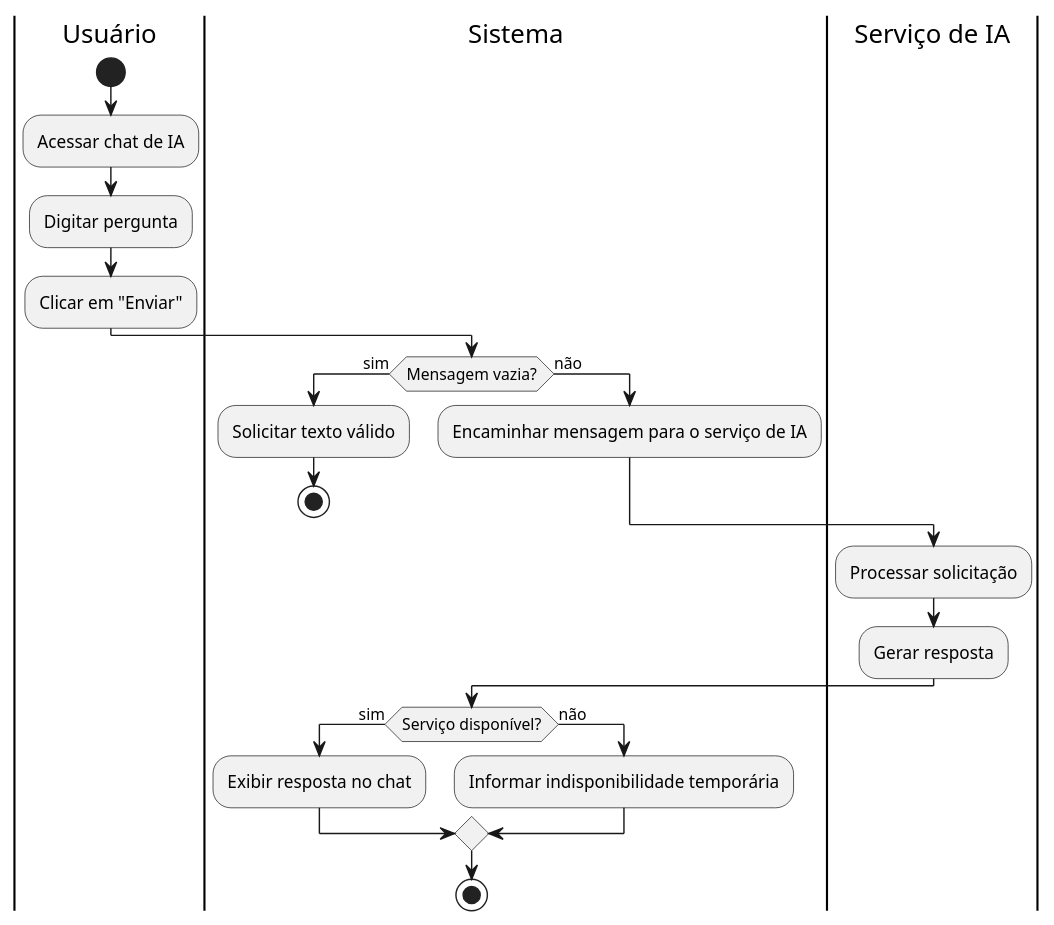
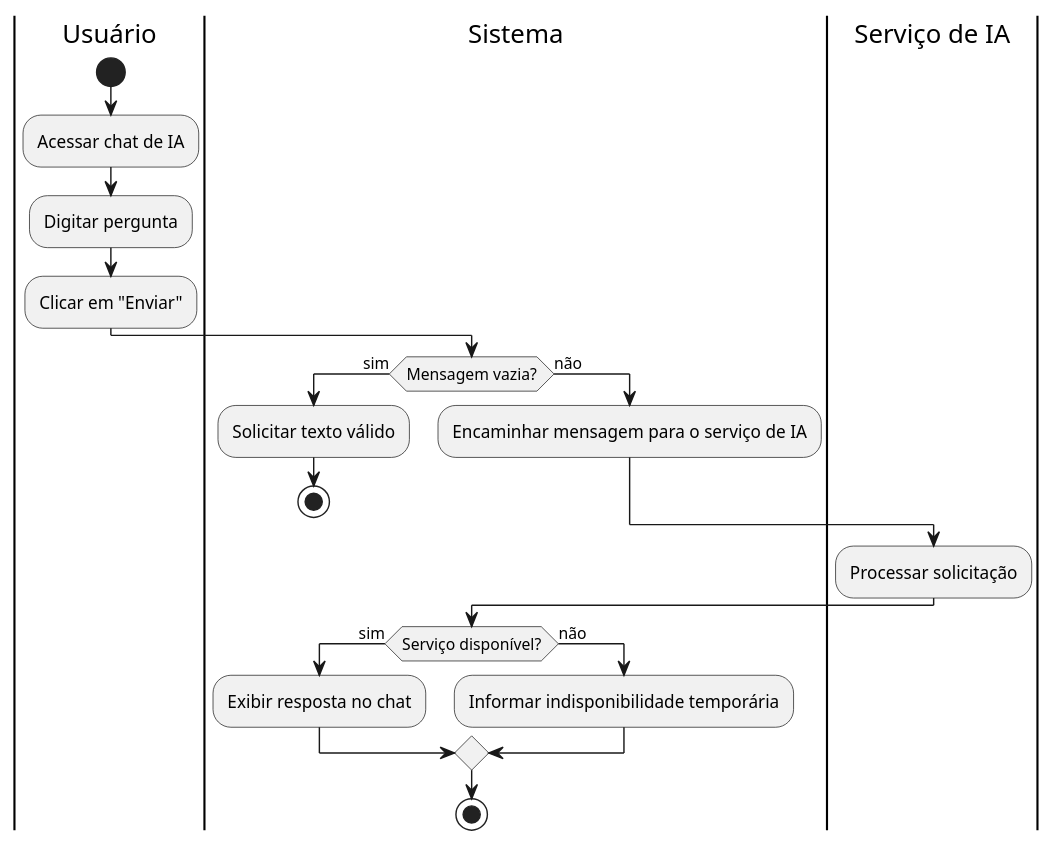
One commit to aspiringluke/Projeto-Integrado-Mobile changed the diagram in docs/casosUso/uml/diagramas_atividade/diagrama_atividade_UC12.puml. Above: the diagram before and after it, drawn with PlantUML. The commit also changed 17 other files, not shown here.

```diff
--- a/docs/casosUso/uml/diagramas_atividade/diagrama_atividade_UC12.puml
+++ b/docs/casosUso/uml/diagramas_atividade/diagrama_atividade_UC12.puml
@@ -1,29 +1,28 @@
 @startuml diagrama_UC12
 
 |Usuário|
 start
 :Acessar chat de IA;
 :Digitar pergunta;
 :Clicar em "Enviar";
 
 |Sistema|
 if (Mensagem vazia?) then (sim)
   :Solicitar texto válido;
   stop
 else (não)
   :Encaminhar mensagem para o serviço de IA;
 endif
 
 |Serviço de IA|
 :Processar solicitação;
-:Gerar resposta;
 
 |Sistema|
 if (Serviço disponível?) then (sim)
   :Exibir resposta no chat;
 else (não)
   :Informar indisponibilidade temporária;
 endif
 
 stop
 @enduml
```
